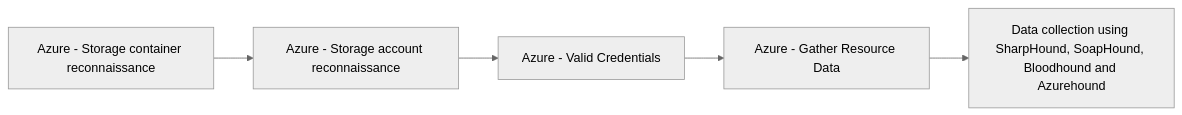
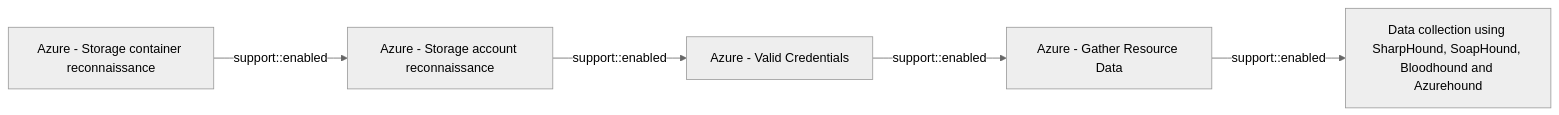
One commit to opentidehq/library changed the diagram in docs/threats/azure-storage-container-reconnaissance.md. Above: the diagram before and after it, drawn with Mermaid (neutral theme). The commit also changed other lines of this file and 277 other files, not shown here.

````diff
--- a/docs/threats/azure-storage-container-reconnaissance.md
+++ b/docs/threats/azure-storage-container-reconnaissance.md
@@ -54,12 +88,12 @@
 ```mermaid
 flowchart LR
 2d7ed070_e5c5_4796_b150_ea1d02ed1785["Azure - Storage container reconnaissance"]
 53f4e2f0_7d11_4629_bb26_905993a589db["Azure - Storage account reconnaissance"]
 2743bf18_3b86_4721_bf3e_153dcda0b149["Azure - Valid Credentials"]
 b1593e0b_1b3b_462d_9ab6_21d1c136469d["Azure - Gather Resource Data"]
 53063205_4404_4e6d_a2f5_d566c6085d96["Data collection using SharpHound, SoapHound, Bloodhound and Azurehound"]
-2d7ed070_e5c5_4796_b150_ea1d02ed1785 --> 53f4e2f0_7d11_4629_bb26_905993a589db
-53f4e2f0_7d11_4629_bb26_905993a589db --> 2743bf18_3b86_4721_bf3e_153dcda0b149
-2743bf18_3b86_4721_bf3e_153dcda0b149 --> b1593e0b_1b3b_462d_9ab6_21d1c136469d
-b1593e0b_1b3b_462d_9ab6_21d1c136469d --> 53063205_4404_4e6d_a2f5_d566c6085d96
+2d7ed070_e5c5_4796_b150_ea1d02ed1785 -->|support::enabled| 53f4e2f0_7d11_4629_bb26_905993a589db
+53f4e2f0_7d11_4629_bb26_905993a589db -->|support::enabled| 2743bf18_3b86_4721_bf3e_153dcda0b149
+2743bf18_3b86_4721_bf3e_153dcda0b149 -->|support::enabled| b1593e0b_1b3b_462d_9ab6_21d1c136469d
+b1593e0b_1b3b_462d_9ab6_21d1c136469d -->|support::enabled| 53063205_4404_4e6d_a2f5_d566c6085d96
 ```
````
